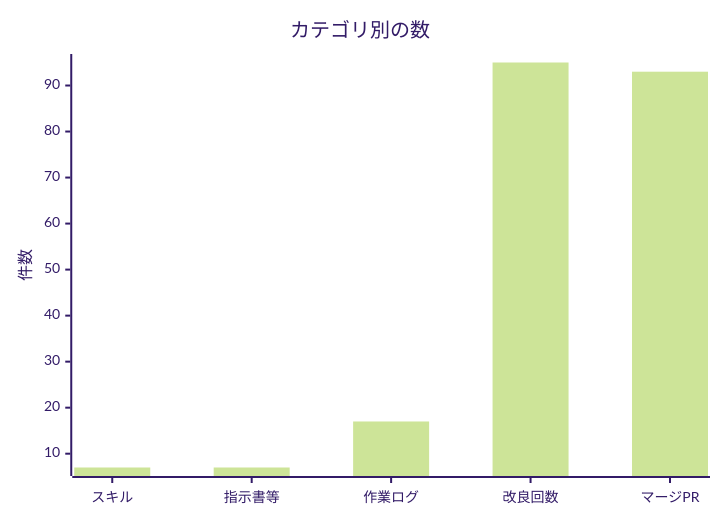
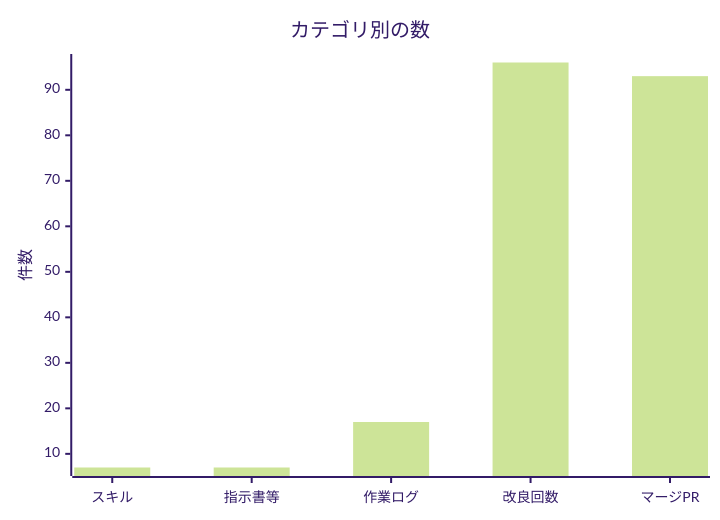
Before and after one commit to non-x2/non-x2: the second of 2 diagrams in docs/進化レポート.md, drawn with Mermaid (forest theme). The commit also changed other lines of this file and 1 other file, not shown here.

````diff
--- a/docs/進化レポート.md
+++ b/docs/進化レポート.md
@@ -33,7 +33,7 @@
 ```mermaid
 xychart-beta
     title "カテゴリ別の数"
     x-axis ["スキル", "指示書等", "作業ログ", "改良回数", "マージPR"]
     y-axis "件数"
-    bar [7, 7, 17, 95, 93]
+    bar [7, 7, 17, 96, 93]
 ```
````
